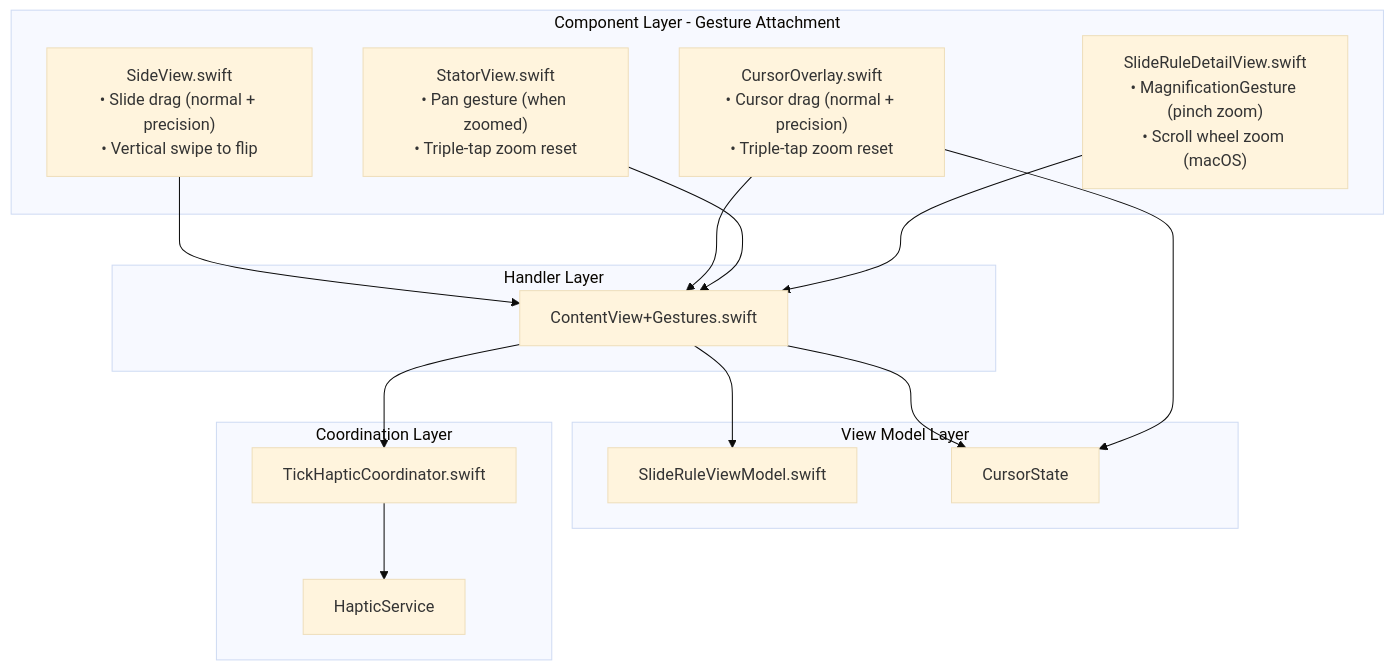
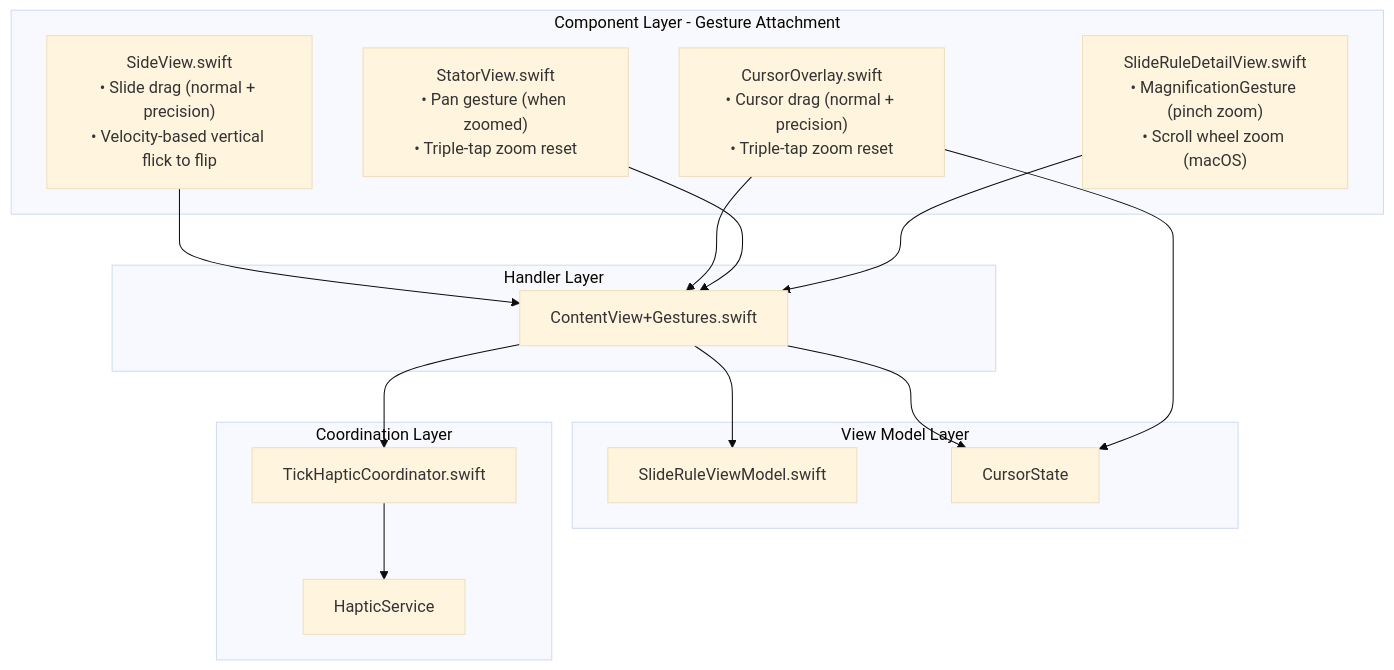
The first of 7 diagrams in swift-docs/gesture-refactor/current-gesture-system.md (adamhill/TheElectricSlideV3), drawn with Mermaid (base theme) before and after one commit. The commit also changed other lines of this file and 11 other files, not shown here.

````diff
--- a/swift-docs/gesture-refactor/current-gesture-system.md
+++ b/swift-docs/gesture-refactor/current-gesture-system.md
@@ -12,33 +17,33 @@
 ```mermaid
 graph TB
     subgraph "Handler Layer"
         CGE["ContentView+Gestures.swift"]
     end
     
     subgraph "View Model Layer"
         SVM["SlideRuleViewModel.swift"]
         CS["CursorState"]
     end
     
     subgraph "Component Layer - Gesture Attachment"
-        SV["SideView.swift<br/>• Slide drag (normal + precision)<br/>• Vertical swipe to flip"]
+        SV["SideView.swift<br/>• Slide drag (normal + precision)<br/>• Velocity-based vertical flick to flip"]
         CO["CursorOverlay.swift<br/>• Cursor drag (normal + precision)<br/>• Triple-tap zoom reset"]
         StV["StatorView.swift<br/>• Pan gesture (when zoomed)<br/>• Triple-tap zoom reset"]
         SRDV["SlideRuleDetailView.swift<br/>• MagnificationGesture (pinch zoom)<br/>• Scroll wheel zoom (macOS)"]
     end
     
     subgraph "Coordination Layer"
         THC["TickHapticCoordinator.swift"]
         HS["HapticService"]
     end
     
     CGE --> SVM
     CGE --> CS
     CGE --> THC
     SV --> CGE
     CO --> CS
     CO --> CGE
     StV --> CGE
     SRDV --> CGE
     THC --> HS
 ```
````
